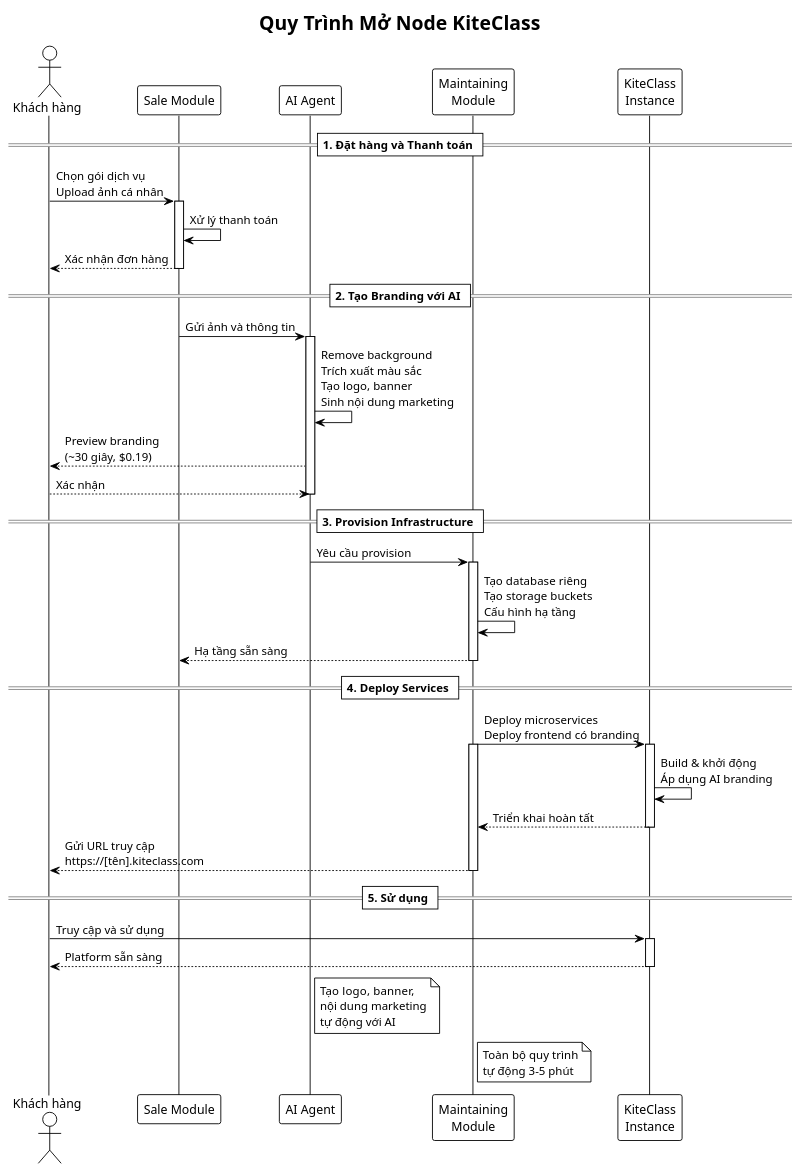
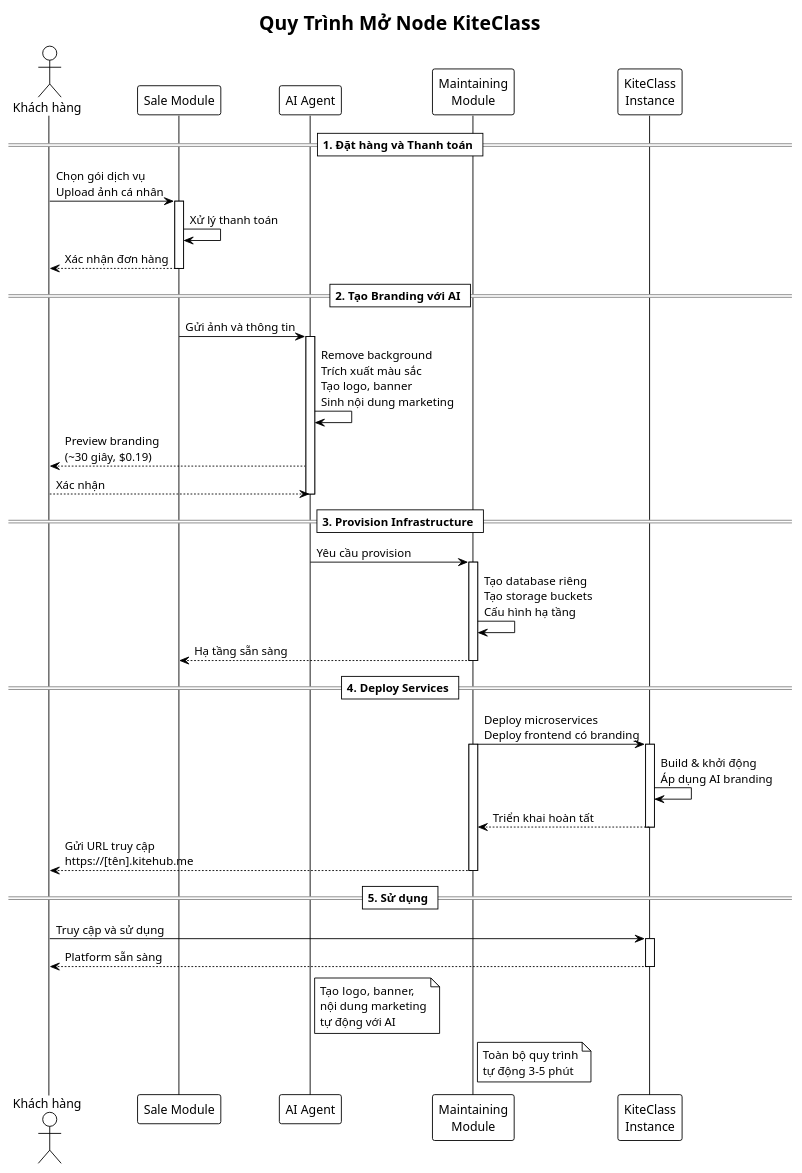
The diagram in documents/06-diagrams/plantuml/provisioning-flow.puml (VictorAurelius/2026-Kite-Class-Platform), drawn with PlantUML before and after one commit. The commit also changed 278 other files, not shown here.

First line of the commit message:
fix(domain): sweep stale kiteclass.vn/.com → canonical kitehub.me ({slug}.kitehub.me tenant) + CI detector (GAP-1241) (#2374)

```diff
--- a/documents/06-diagrams/plantuml/provisioning-flow.puml
+++ b/documents/06-diagrams/plantuml/provisioning-flow.puml
@@ -1,61 +1,61 @@
 @startuml KiteClass Provisioning Flow
 !theme plain
 
 title Quy Trình Mở Node KiteClass
 
 actor "Khách hàng" as customer
 participant "Sale Module" as sale
 participant "AI Agent" as ai
 participant "Maintaining\nModule" as maintain
 participant "KiteClass\nInstance" as instance
 
 == 1. Đặt hàng và Thanh toán ==
 customer -> sale: Chọn gói dịch vụ\nUpload ảnh cá nhân
 activate sale
 sale -> sale: Xử lý thanh toán
 sale --> customer: Xác nhận đơn hàng
 deactivate sale
 
 == 2. Tạo Branding với AI ==
 sale -> ai: Gửi ảnh và thông tin
 activate ai
 ai -> ai: Remove background\nTrích xuất màu sắc\nTạo logo, banner\nSinh nội dung marketing
 ai --> customer: Preview branding\n(~30 giây, $0.19)
 customer --> ai: Xác nhận
 deactivate ai
 
 == 3. Provision Infrastructure ==
 ai -> maintain: Yêu cầu provision
 activate maintain
 maintain -> maintain: Tạo database riêng\nTạo storage buckets\nCấu hình hạ tầng
 maintain --> sale: Hạ tầng sẵn sàng
 deactivate maintain
 
 == 4. Deploy Services ==
 maintain -> instance: Deploy microservices\nDeploy frontend có branding
 activate maintain
 activate instance
 instance -> instance: Build & khởi động\nÁp dụng AI branding
 instance --> maintain: Triển khai hoàn tất
 deactivate instance
-maintain --> customer: Gửi URL truy cập\nhttps://[tên].kiteclass.com
+maintain --> customer: Gửi URL truy cập\nhttps://[tên].kitehub.me
 deactivate maintain
 
 == 5. Sử dụng ==
 customer -> instance: Truy cập và sử dụng
 activate instance
 instance --> customer: Platform sẵn sàng
 deactivate instance
 
 note right of ai
   Tạo logo, banner,
   nội dung marketing
   tự động với AI
 end note
 
 note right of maintain
   Toàn bộ quy trình
   tự động 3-5 phút
 end note
 
 @enduml
```
